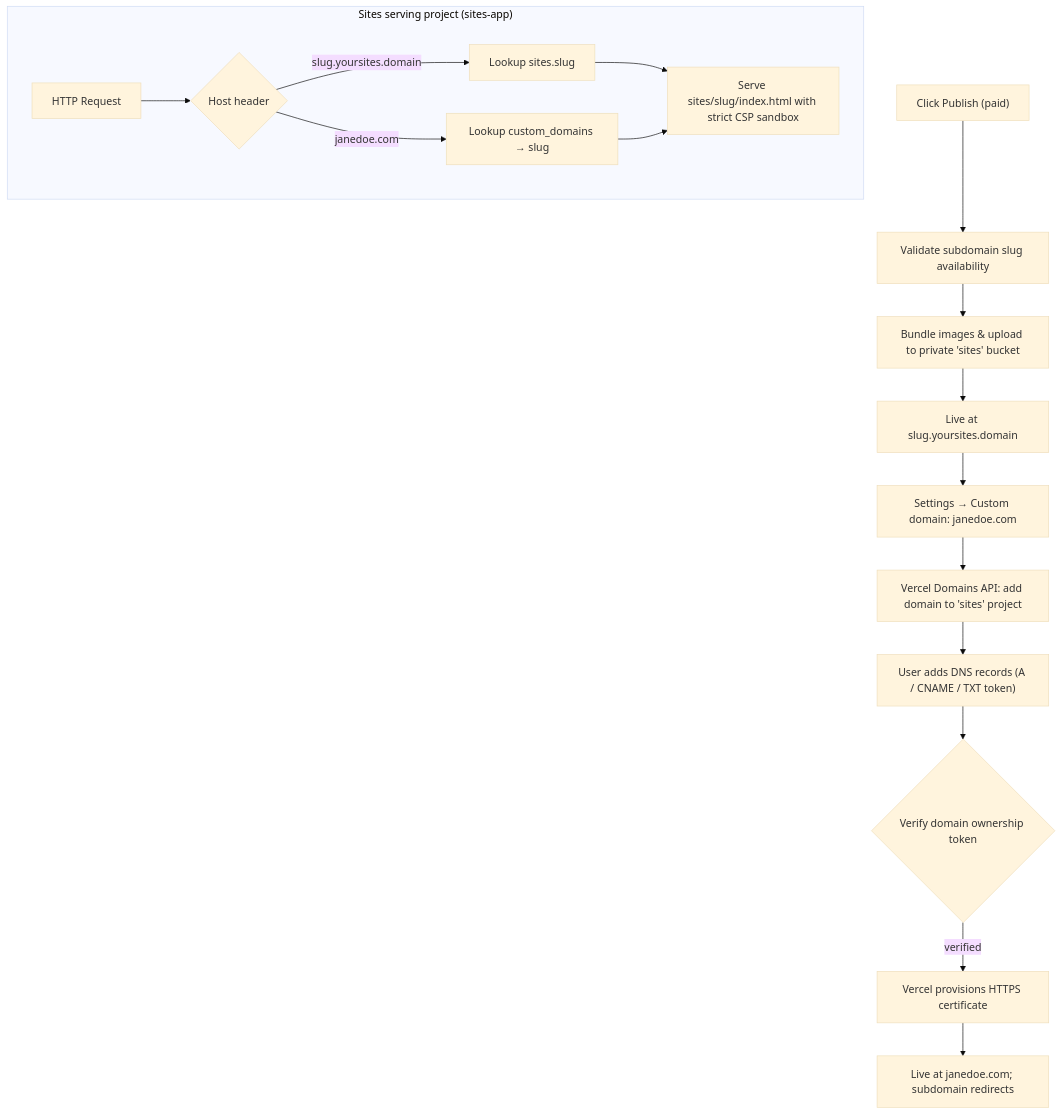
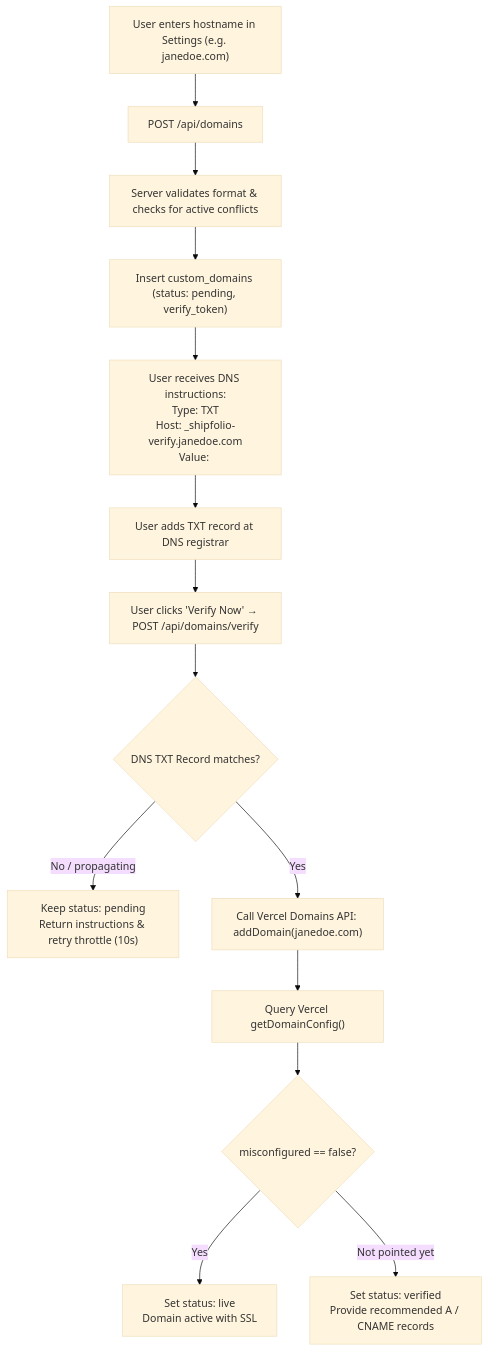
One commit to Suryavamshi99/portfolio-builder-saas changed the fourth of 4 diagrams in userflow.md. Above: the diagram before and after it, drawn with Mermaid (base theme). The commit also changed other lines of this file and 5 other files, not shown here.

Commit message:
docs: refresh API, README, ARCHITECTURE and userflow with shipped features

````diff
--- a/userflow.md
+++ b/userflow.md
@@ -252,21 +204,16 @@
 ```mermaid
 flowchart TD
-    P["Click Publish (paid)"] --> SL["Validate subdomain slug availability"]
-    SL --> B["Bundle images & upload to private 'sites' bucket"]
-    B --> LV["Live at slug.yoursites.domain"]
-
-    LV --> CD["Settings → Custom domain: janedoe.com"]
-    CD --> VA["Vercel Domains API: add domain to 'sites' project"]
-    VA --> DNS["User adds DNS records (A / CNAME / TXT token)"]
-    DNS --> CK{"Verify domain ownership token"}
-    CK -- "verified" --> SSL["Vercel provisions HTTPS certificate"]
-    SSL --> LIVE2["Live at janedoe.com; subdomain redirects"]
-
-    subgraph SERVE["Sites serving project (sites-app)"]
-        RQ["HTTP Request"] --> H{"Host header"}
-        H -- "slug.yoursites.domain" --> SG["Lookup sites.slug"]
-        H -- "janedoe.com" --> CDL["Lookup custom_domains → slug"]
-        SG --> F["Serve sites/slug/index.html with strict CSP sandbox"]
-        CDL --> F
-    end
+    A["User enters hostname in Settings (e.g. janedoe.com)"] --> B["POST /api/domains"]
+    B --> C["Server validates format & checks for active conflicts"]
+    C --> D["Insert custom_domains (status: pending, verify_token)"]
+    D --> E["User receives DNS instructions:<br/>Type: TXT<br/>Host: _shipfolio-verify.janedoe.com<br/>Value: <verify_token>"]
+    E --> F["User adds TXT record at DNS registrar"]
+    F --> G["User clicks 'Verify Now' → POST /api/domains/verify"]
+    G --> H{"DNS TXT Record matches?"}
+    H -- "No / propagating" --> I["Keep status: pending<br/>Return instructions & retry throttle (10s)"]
+    H -- "Yes" --> J["Call Vercel Domains API: addDomain(janedoe.com)"]
+    J --> K["Query Vercel getDomainConfig()"]
+    K --> L{"misconfigured == false?"}
+    L -- "Yes" --> M["Set status: live<br/>Domain active with SSL"]
+    L -- "Not pointed yet" --> N["Set status: verified<br/>Provide recommended A / CNAME records"]
 ```
````
